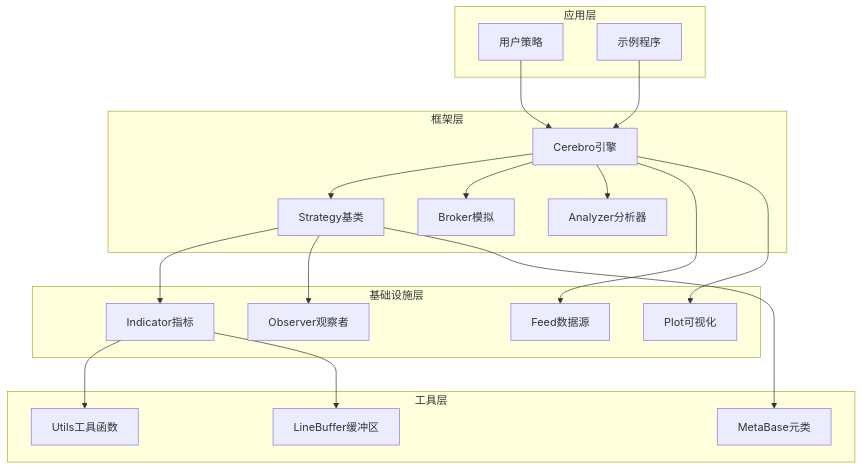
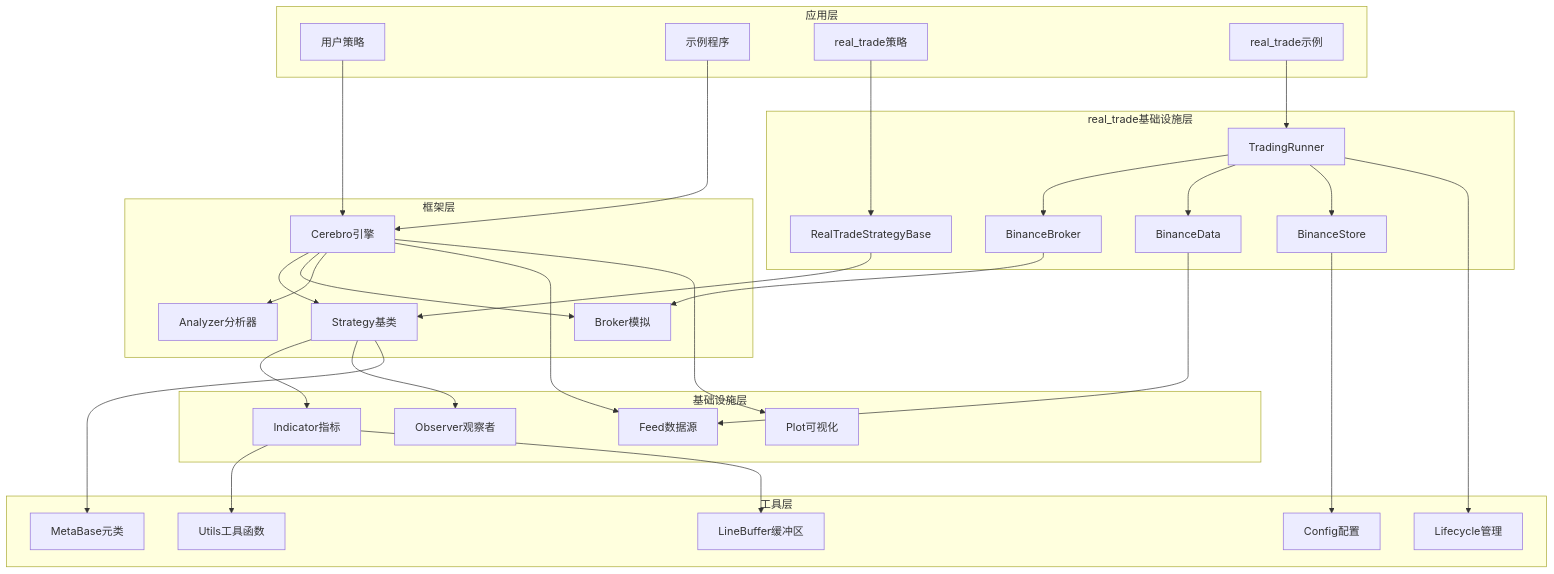
Diagram 14 of 14 in .qoder/repowiki/zh/content/项目概述/快速开始示例.md (bench-prog/backtrader), drawn with Mermaid before and after one commit. The commit also changed other lines of this file and 40 other files, not shown here.

````diff
--- a/.qoder/repowiki/zh/content/项目概述/快速开始示例.md
+++ b/.qoder/repowiki/zh/content/项目概述/快速开始示例.md
@@ -345,36 +595,57 @@
 ```mermaid
 graph TB
 subgraph "应用层"
 A[用户策略]
 B[示例程序]
+C[real_trade策略]
+D[real_trade示例]
 end
 subgraph "框架层"
-C[Cerebro引擎]
-D[Strategy基类]
-E[Broker模拟]
-F[Analyzer分析器]
+E[Cerebro引擎]
+F[Strategy基类]
+G[Broker模拟]
+H[Analyzer分析器]
 end
 subgraph "基础设施层"
-G[Indicator指标]
-H[Feed数据源]
-I[Observer观察者]
-J[Plot可视化]
+I[Indicator指标]
+J[Feed数据源]
+K[Observer观察者]
+L[Plot可视化]
+end
+subgraph "real_trade基础设施层"
+M[RealTradeStrategyBase]
+N[BinanceBroker]
+O[BinanceData]
+P[BinanceStore]
+Q[TradingRunner]
 end
 subgraph "工具层"
-K[Utils工具函数]
-L[MetaBase元类]
-M[LineBuffer缓冲区]
+R[Utils工具函数]
+S[MetaBase元类]
+T[LineBuffer缓冲区]
+U[Config配置]
+V[Lifecycle管理]
 end
-A --> C
-B --> C
-C --> D
-C --> E
-C --> F
-D --> G
-C --> H
-D --> I
-C --> J
-G --> K
-D --> L
-G --> M
+A --> E
+B --> E
+C --> M
+D --> Q
+E --> F
+E --> G
+E --> H
+F --> I
+E --> J
+F --> K
+E --> L
+M --> F
+Q --> N
+Q --> O
+Q --> P
+N --> G
+O --> J
+P --> U
+Q --> V
+I --> R
+F --> S
+I --> T
 ```
````
